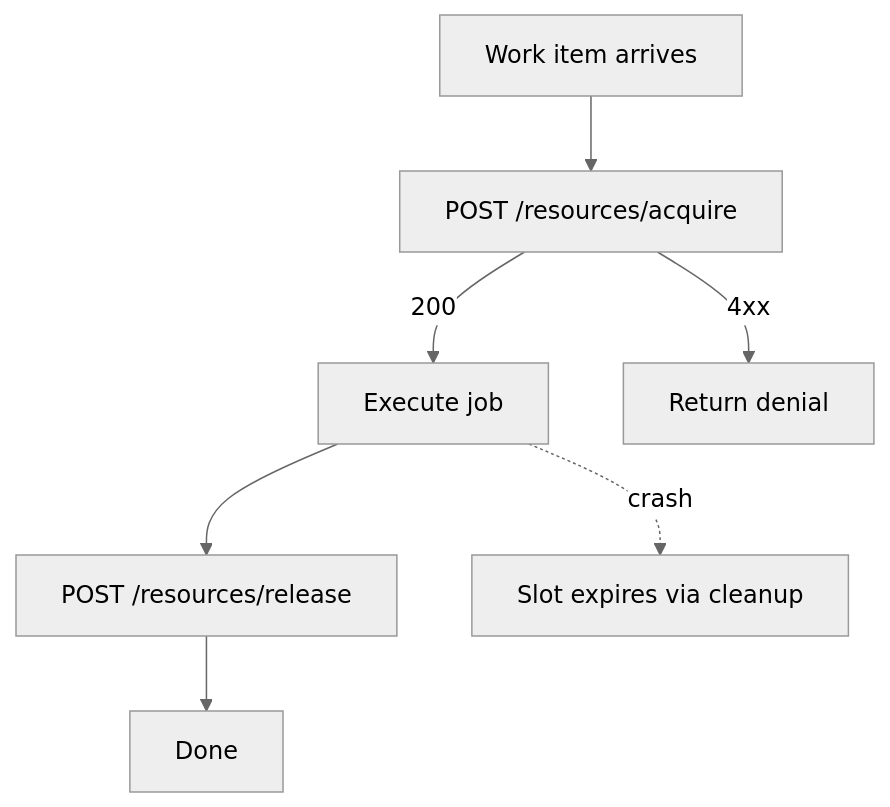
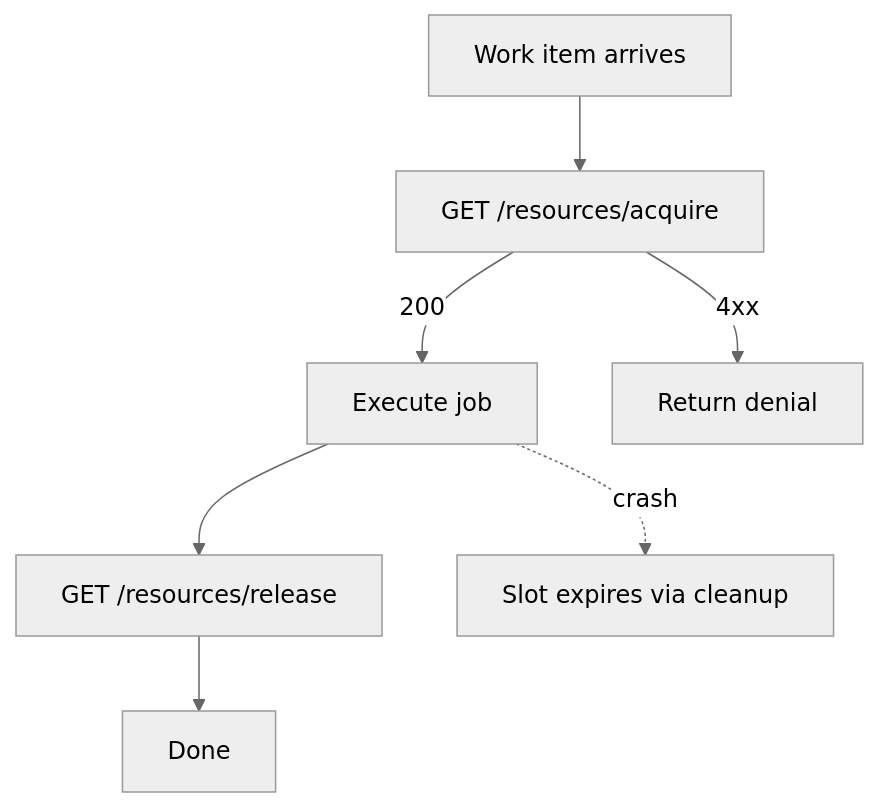
One commit to ShaharMS/ClientManager changed the fourth of 4 diagrams in docs/core/request-flow.md. Above: the diagram before and after it, drawn with Mermaid (neutral theme). The commit also changed other lines of this file and 12 other files, not shown here.

````diff
--- a/docs/core/request-flow.md
+++ b/docs/core/request-flow.md
@@ -189,9 +183,9 @@
 ```mermaid
 flowchart TD
-    work[Work item arrives] --> acquire[POST /resources/acquire]
+    work[Work item arrives] --> acquire[GET /resources/acquire]
     acquire -->|200| run[Execute job]
     acquire -->|4xx| stop[Return denial]
-    run --> release[POST /resources/release]
+    run --> release[GET /resources/release]
     release --> done[Done]
     run -. crash .-> ttl[Slot expires via cleanup]
 ```
````
